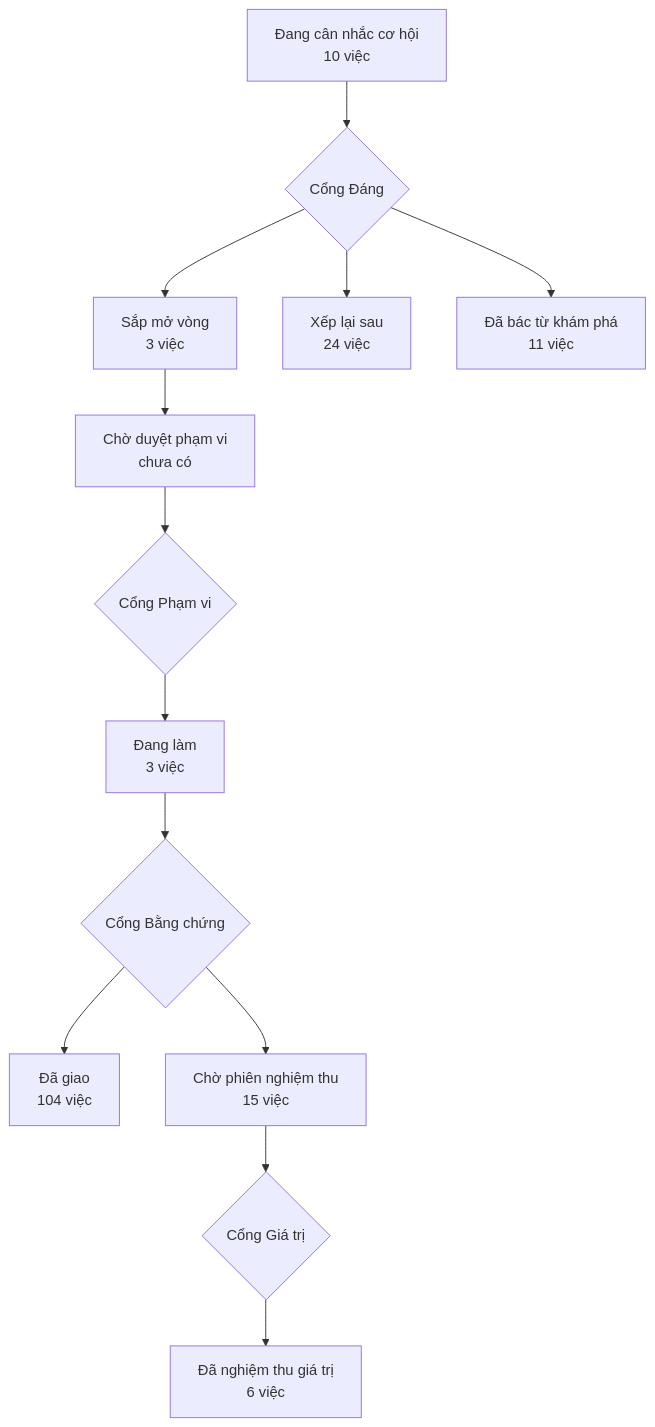
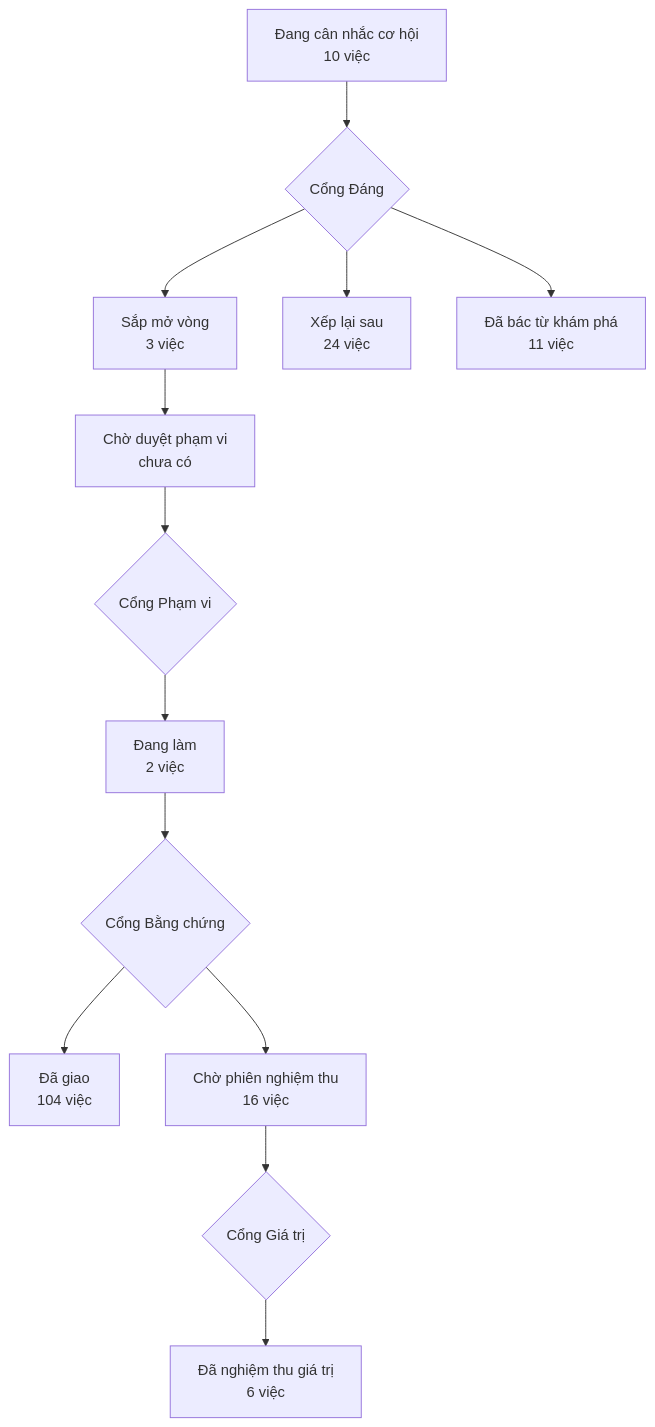
Before and after one commit to phanlemanh/acceptance-gate-kit: the diagram in PRODUCT-MAP.md, drawn with Mermaid. The commit also changed 7 other files, not shown here.

````diff
--- a/PRODUCT-MAP.md
+++ b/PRODUCT-MAP.md
@@ -7,12 +7,12 @@
 ```mermaid
 flowchart TD
   A["Đang cân nhắc cơ hội<br/>10 việc"] --> GD{"Cổng Đáng"}
   GD --> B["Sắp mở vòng<br/>3 việc"]
   GD --> XL["Xếp lại sau<br/>24 việc"]
   GD --> DB["Đã bác từ khám phá<br/>11 việc"]
   B --> CD["Chờ duyệt phạm vi<br/>chưa có"] --> GP{"Cổng Phạm vi"}
-  GP --> DL["Đang làm<br/>3 việc"] --> GB{"Cổng Bằng chứng"}
+  GP --> DL["Đang làm<br/>2 việc"] --> GB{"Cổng Bằng chứng"}
   GB --> DG["Đã giao<br/>104 việc"]
-  GB --> CN["Chờ phiên nghiệm thu<br/>15 việc"] --> GG{"Cổng Giá trị"}
+  GB --> CN["Chờ phiên nghiệm thu<br/>16 việc"] --> GG{"Cổng Giá trị"}
   GG --> NT["Đã nghiệm thu giá trị<br/>6 việc"]
 ```
````
